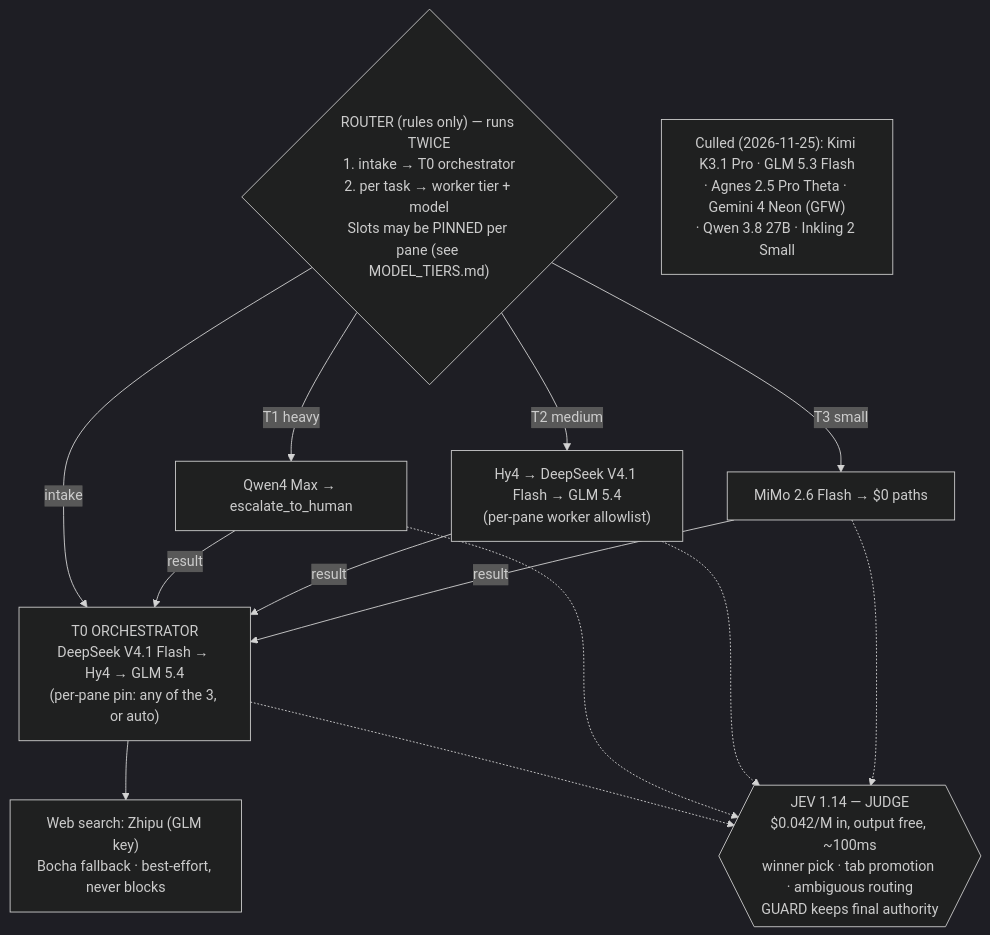
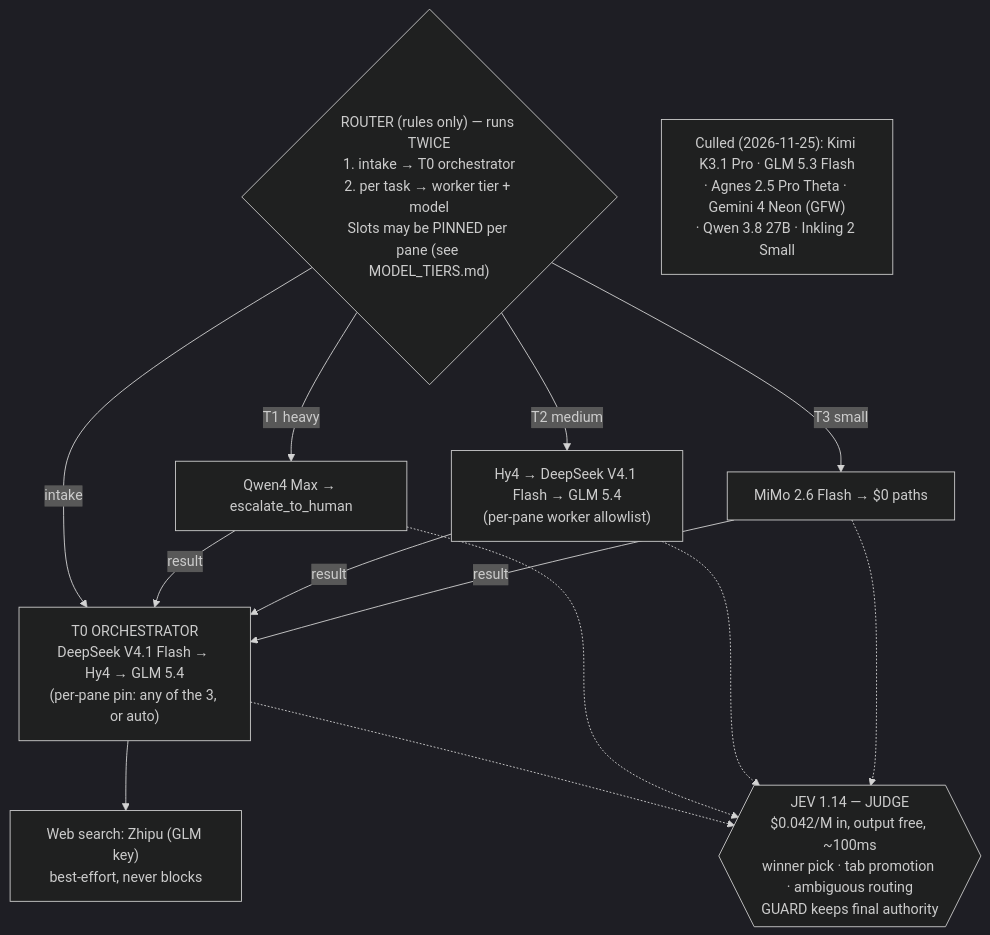
One commit to Daijay/si-console changed the sixth of 10 diagrams in docs/ARCHITECTURE_DIAGRAMS.md. Above: the diagram before and after it, drawn with Mermaid (dark theme). The commit also changed other lines of this file and 23 other files, not shown here.

````diff
--- a/docs/ARCHITECTURE_DIAGRAMS.md
+++ b/docs/ARCHITECTURE_DIAGRAMS.md
@@ -234,17 +234,17 @@
 ```mermaid
 flowchart TB
     R{"ROUTER (rules only) — runs TWICE<br/>1. intake → T0 orchestrator<br/>2. per task → worker tier + model<br/>Slots may be PINNED per pane (see MODEL_TIERS.md)"}
 
     R -->|intake| T0["T0 ORCHESTRATOR<br/>DeepSeek V4.1 Flash → Hy4 → GLM 5.4<br/>(per-pane pin: any of the 3, or auto)"]
 
     R -->|T3 small| T3["MiMo 2.6 Flash → $0 paths"]
     R -->|T2 medium| T2["Hy4 → DeepSeek V4.1 Flash → GLM 5.4<br/>(per-pane worker allowlist)"]
     R -->|T1 heavy| T1["Qwen4 Max → escalate_to_human"]
 
     T1 & T2 & T3 -->|result| T0
-    T0 --> B["Web search: Zhipu (GLM key)<br/>Bocha fallback · best-effort, never blocks"]
+    T0 --> B["Web search: Zhipu (GLM key)<br/>best-effort, never blocks"]
     J{{"JEV 1.14 — JUDGE<br/>$0.042/M in, output free, ~100ms<br/>winner pick · tab promotion · ambiguous routing<br/>GUARD keeps final authority"}}
     T0 -.-> J
     T1 & T2 & T3 -.-> J
     CULL["Culled (2026-11-25): Kimi K3.1 Pro · GLM 5.3 Flash<br/>· Agnes 2.5 Pro Theta · Gemini 4 Neon (GFW)<br/>· Qwen 3.8 27B · Inkling 2 Small"]
 ```
````
